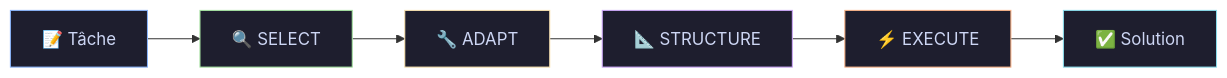
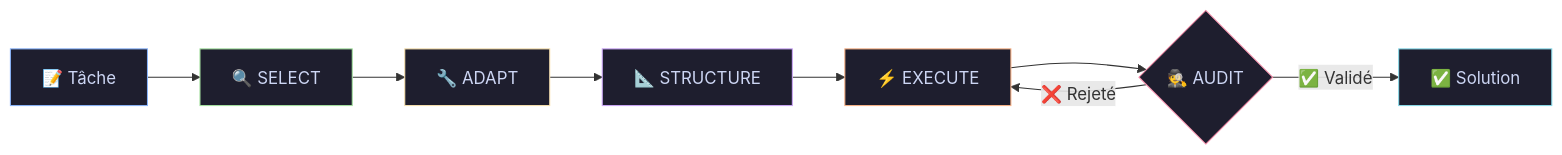
Before and after one commit to dagornc/Autologic: the diagram in README.md, drawn with Mermaid. The commit also changed other lines of this file and 37 other files, not shown here.

````diff
--- a/README.md
+++ b/README.md
@@ -87,15 +88,18 @@
 ```mermaid
 graph LR
     A[📝 Tâche] --> B[🔍 SELECT]
     B --> C[🔧 ADAPT]
     C --> D[📐 STRUCTURE]
     D --> E[⚡ EXECUTE]
-    E --> F[✅ Solution]
+    E --> G{🕵️ AUDIT}
+    G -- ✅ Validé --> F[✅ Solution]
+    G -- ❌ Rejeté --> E
     
     style A fill:#1e1e2e,stroke:#89b4fa,color:#cdd6f4
     style B fill:#1e1e2e,stroke:#a6e3a1,color:#cdd6f4
     style C fill:#1e1e2e,stroke:#f9e2af,color:#cdd6f4
     style D fill:#1e1e2e,stroke:#cba6f7,color:#cdd6f4
     style E fill:#1e1e2e,stroke:#fab387,color:#cdd6f4
+    style G fill:#1e1e2e,stroke:#f38ba8,color:#cdd6f4
     style F fill:#1e1e2e,stroke:#89dceb,color:#cdd6f4
 ```
````
